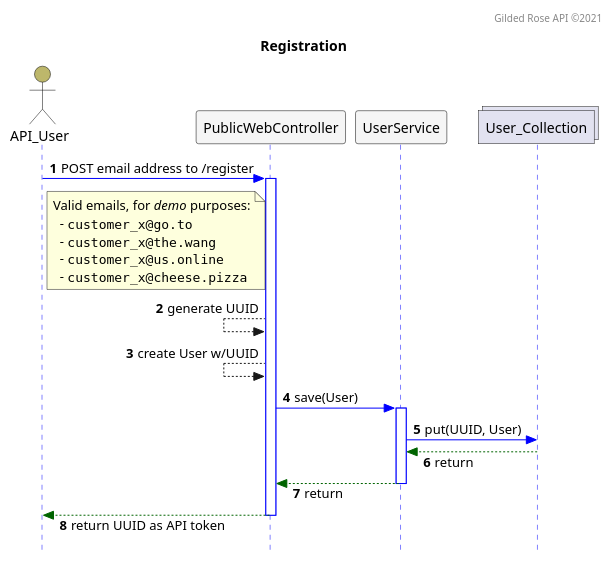
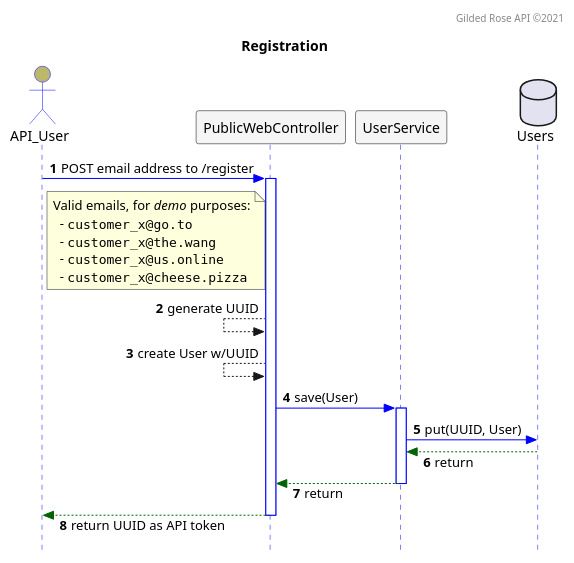
Before and after one commit to bladewheels/GildedRoseAPI: the diagram in src/main/resources/seq.register.puml, drawn with PlantUML.

```diff
--- a/src/main/resources/seq.register.puml
+++ b/src/main/resources/seq.register.puml
@@ -1,45 +1,45 @@
 @startuml
 
 autonumber
 header Gilded Rose API ©2021
 hide footbox
 
 skinparam responseMessageBelowArrow true
 skinparam sequence {
   ActorBackgroundColor DarkKhaki
-  ActorBorderColor Black
-  CollectionsBackgroundColor Grey
-  CollectionsBorderColor Black
+  ActorBorderColor Blue
+  DatabaseBackgroundColor Grey
+  DatabaseBorderColor Black
   LifeLineBorderColor Blue
   ParticipantBackgroundColor WhiteSmoke
   ParticipantBorderColor Black
 }
 skinparam style strictuml
 title Registration
 
 actor API_User
 participant PublicWebController
 participant UserService
-collections User_Collection
+database Users
 
 API_User -[#0000FF]> PublicWebController : POST email address to /register
 note right of API_User
  Valid emails, for //demo// purposes:
    - ""customer_x@go.to""
    - ""customer_x@the.wang""
    - ""customer_x@us.online""
    - ""customer_x@cheese.pizza""
 end note
 activate PublicWebController
 PublicWebController <-- PublicWebController : generate UUID
 PublicWebController <-- PublicWebController : create User w/UUID
 PublicWebController -[#0000FF]> UserService : save(User)
 activate UserService
-UserService -[#0000FF]> User_Collection : put(UUID, User)
-UserService <[#DarkGreen]-- User_Collection : return
+UserService -[#0000FF]> Users : put(UUID, User)
+UserService <[#DarkGreen]-- Users : return
 PublicWebController <[#DarkGreen]-- UserService : return
 deactivate UserService
 API_User <[#DarkGreen]-- PublicWebController : return UUID as API token
 deactivate PublicWebController
 
 @enduml
```
